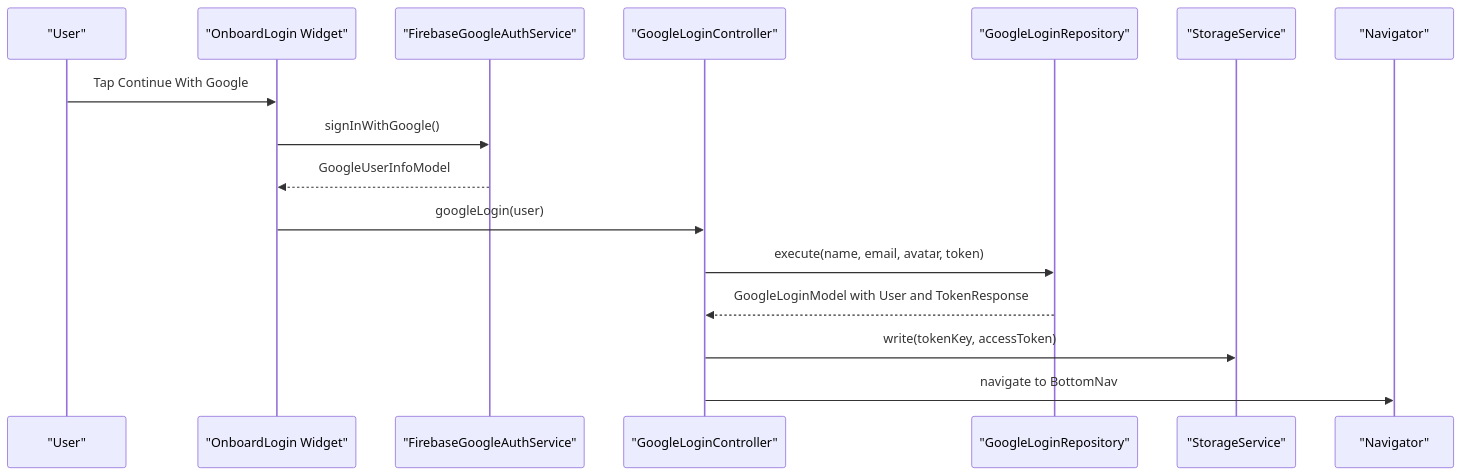
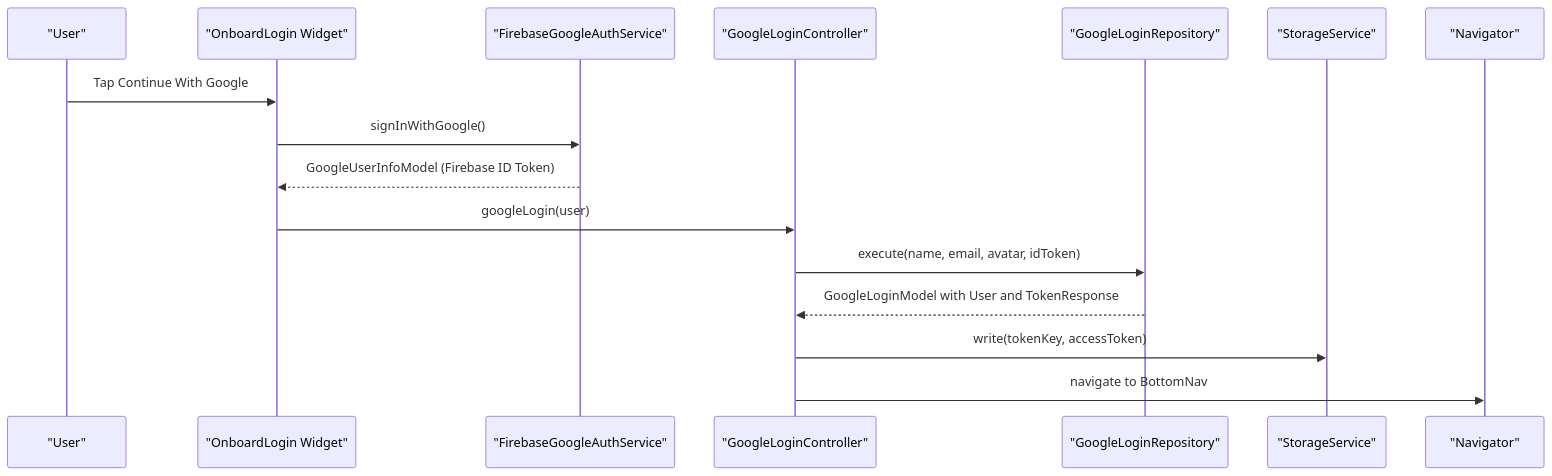
Before and after one commit to Ariful3111/FurniGo: the seventh of 12 diagrams in .qoder/repowiki/en/content/Core Features/Authentication System/Authentication System.md, drawn with Mermaid. The commit also changed other lines of this file and 8 other files, not shown here.

````diff
--- a/.qoder/repowiki/en/content/Core Features/Authentication System/Authentication System.md
+++ b/.qoder/repowiki/en/content/Core Features/Authentication System/Authentication System.md
@@ -467,18 +469,18 @@
 ```mermaid
 sequenceDiagram
 participant User as "User"
 participant OLW as "OnboardLogin Widget"
 participant FGAS as "FirebaseGoogleAuthService"
 participant GLC as "GoogleLoginController"
 participant GLR as "GoogleLoginRepository"
 participant Storage as "StorageService"
 participant Nav as "Navigator"
 User->>OLW : Tap Continue With Google
 OLW->>FGAS : signInWithGoogle()
-FGAS-->>OLW : GoogleUserInfoModel
+FGAS-->>OLW : GoogleUserInfoModel (Firebase ID Token)
 OLW->>GLC : googleLogin(user)
-GLC->>GLR : execute(name, email, avatar, token)
+GLC->>GLR : execute(name, email, avatar, idToken)
 GLR-->>GLC : GoogleLoginModel with User and TokenResponse
 GLC->>Storage : write(tokenKey, accessToken)
 GLC->>Nav : navigate to BottomNav
 ```
````
